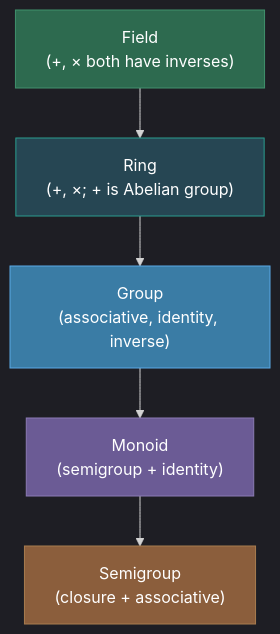
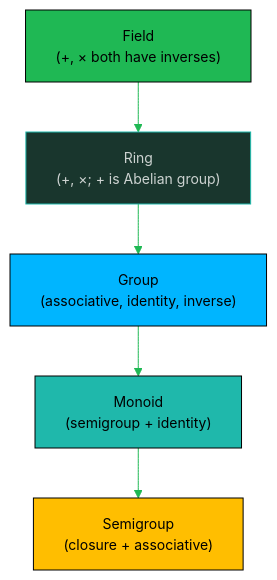
Before and after one commit to oat431/swe-knowledge: the diagram in math-for-software-engineering-note/09_algebraic_structures.md, drawn with Mermaid. The commit also changed other lines of this file and 18 other files, not shown here.

````diff
--- a/math-for-software-engineering-note/09_algebraic_structures.md
+++ b/math-for-software-engineering-note/09_algebraic_structures.md
@@ -91,20 +91,20 @@
 ```mermaid
-%%{init: {'theme':'dark'}}%%
+%%{init: {'theme':'base','themeVariables':{'primaryColor':'#19362D','primaryTextColor':'#CDD3D1','primaryBorderColor':'#1FB854','lineColor':'#1FB854','background':'#1B1717','mainBkg':'#19362D','clusterBkg':'#161212','edgeLabelBackground':'#161212','titleColor':'#1FB854','fontSize':'14px'}}}%%
 graph TD
     F["Field\n(+, × both have inverses)"]
     R["Ring\n(+, ×; + is Abelian group)"]
     G["Group\n(associative, identity, inverse)"]
     M["Monoid\n(semigroup + identity)"]
     S["Semigroup\n(closure + associative)"]
 
     F --> R
     R --> G
     G --> M
     M --> S
 
-    style F fill:#2d6a4f,stroke:#40916c,color:#fff
-    style R fill:#264653,stroke:#2a9d8f,color:#fff
-    style G fill:#3a7ca5,stroke:#5aa9e6,color:#fff
-    style M fill:#6b5b95,stroke:#8b7bb5,color:#fff
-    style S fill:#8b5e3c,stroke:#a87c4f,color:#fff
+    style F fill:#1FB854,stroke:#000000,color:#000000
+    style R fill:#19362D,stroke:#1FB8AB,color:#CDD3D1
+    style G fill:#00B5FF,stroke:#000000,color:#000000
+    style M fill:#1FB8AB,stroke:#000000,color:#000000
+    style S fill:#FFBE00,stroke:#000000,color:#000000
 ```
````
